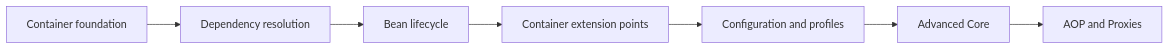
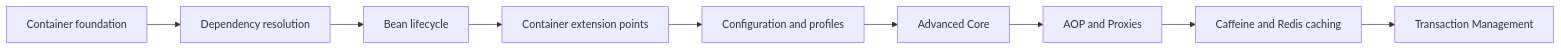
Before and after one commit to alimbetov/obsidian: the second of 3 diagrams in 00_HOME/Java Backend Knowledge System.md, drawn with Mermaid. The commit also changed other lines of this file, not shown here.

Commit message:
Add AOP and caching to home learning route

````diff
--- a/00_HOME/Java Backend Knowledge System.md
+++ b/00_HOME/Java Backend Knowledge System.md
@@ -120,9 +145,11 @@
 ```mermaid
 flowchart LR
     B1[Container foundation] --> B2[Dependency resolution]
     B2 --> B3[Bean lifecycle]
     B3 --> B4[Container extension points]
     B4 --> B5[Configuration and profiles]
     B5 --> B6[Advanced Core]
     B6 --> AOP[AOP and Proxies]
+    AOP --> CACHE[Caffeine and Redis caching]
+    CACHE --> TX[Transaction Management]
 ```
````
